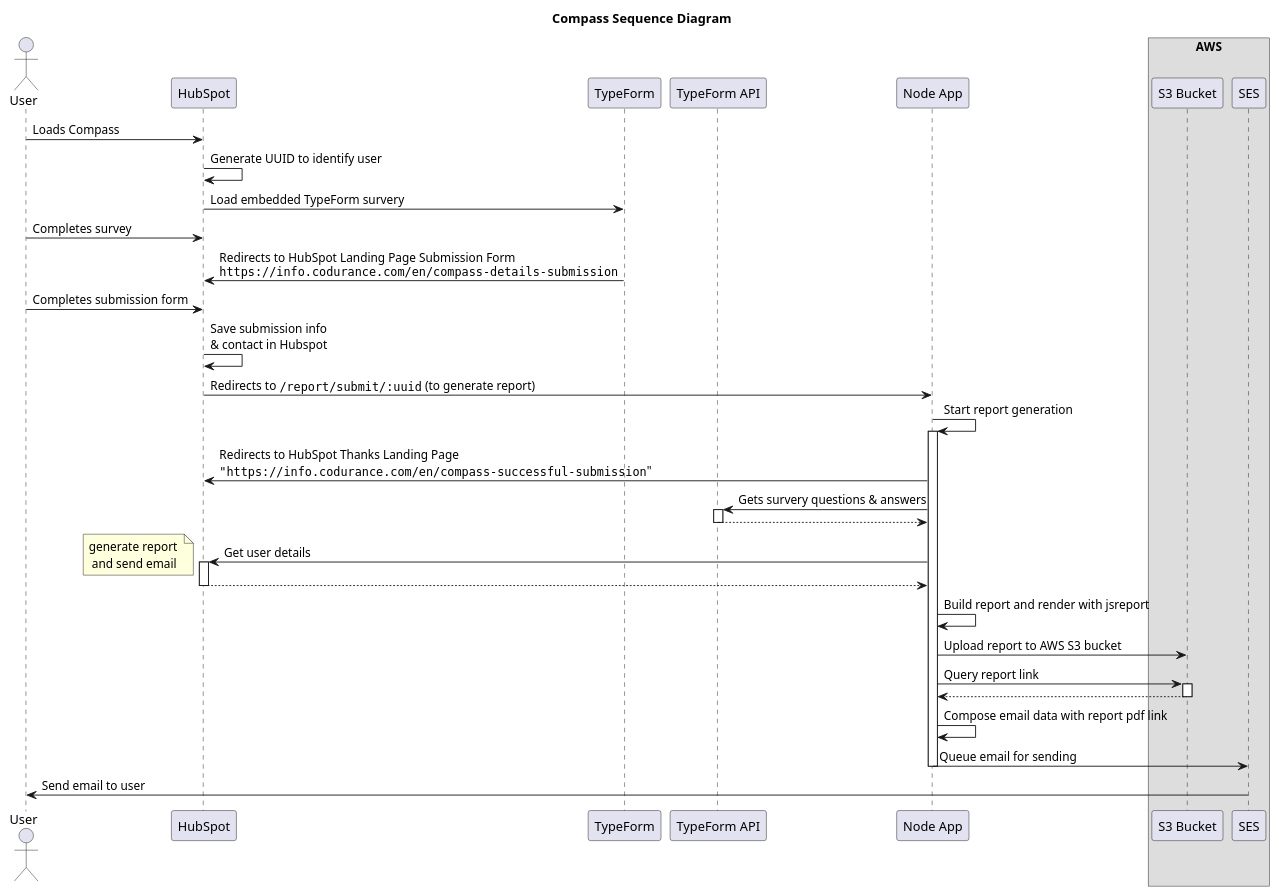
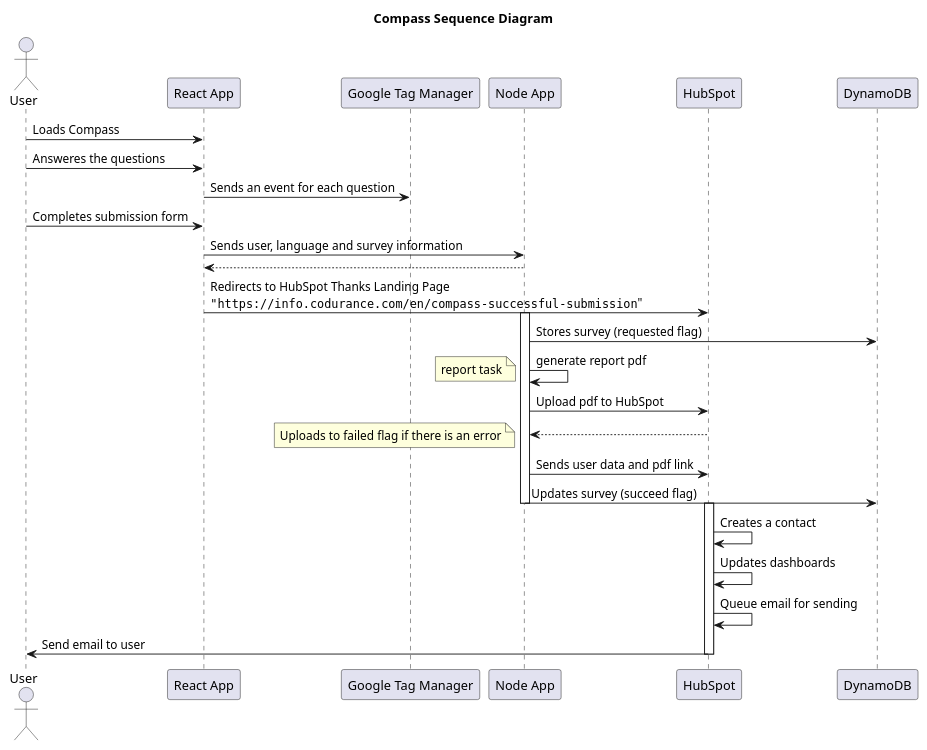
Before and after one commit to codurance/soft-mod-compass: the diagram in docs/diagrams/src/sequence-diagram.puml, drawn with PlantUML. The commit also changed 6 other files, not shown here.

```diff
--- a/docs/diagrams/src/sequence-diagram.puml
+++ b/docs/diagrams/src/sequence-diagram.puml
@@ -1,44 +1,41 @@
 @startuml
 skinparam BoxPadding 10
 title Compass Sequence Diagram
 
 actor "User"
+participant "React App" as React
+participant "Google Tag Manager" as TGM
+participant "Node App" as NodeApp
 participant "HubSpot"
-participant "TypeForm" as TypeForm
-participant "TypeForm API" as TypeFormApi
-participant "Node App" as NodeApp
-box AWS
-participant "S3 Bucket" as s3
-participant "SES"
-end box
-User -> HubSpot: Loads Compass
-HubSpot -> HubSpot: Generate UUID to identify user
-HubSpot -> TypeForm: Load embedded TypeForm survery
-User -> HubSpot: Completes survey
-TypeForm -> HubSpot: Redirects to HubSpot Landing Page Submission Form\n""https://info.codurance.com/en/compass-details-submission""
-User -> HubSpot: Completes submission form
-HubSpot -> HubSpot: Save submission info \n& contact in Hubspot
-NodeApp <- HubSpot: Redirects to ""/report/submit/:uuid"" (to generate report)
-NodeApp -> NodeApp: Start report generation
+participant "DynamoDB" as DB
+
+User -> React: Loads Compass
+User -> React: Answeres the questions
+
+React -> TGM: Sends an event for each question
+User -> React: Completes submission form
+
+React -> NodeApp: Sends user, language and survey information
+React <-- NodeApp:
+React -> HubSpot: Redirects to HubSpot Thanks Landing Page\n"""https://info.codurance.com/en/compass-successful-submission"""
+
+
 activate NodeApp
-NodeApp -> HubSpot: Redirects to HubSpot Thanks Landing Page\n"""https://info.codurance.com/en/compass-successful-submission"""
-NodeApp -> TypeFormApi: Gets survery questions & answers
-activate TypeFormApi
-NodeApp <--TypeFormApi
-deactivate TypeFormApi
-NodeApp -> HubSpot: Get user details
-note left: generate report \n and send email
+NodeApp -> DB: Stores survey (requested flag)
+NodeApp -> NodeApp: generate report pdf
+note left: report task
+NodeApp -> HubSpot: Upload pdf to HubSpot
+NodeApp <-- HubSpot:
+note left: Uploads to failed flag if there is an error
+NodeApp -> HubSpot: Sends user data and pdf link
+NodeApp -> DB: Updates survey (succeed flag)
+deactivate NodeApp
+
 activate HubSpot
-NodeApp <-- HubSpot
+HubSpot -> HubSpot: Creates a contact
+HubSpot -> HubSpot: Updates dashboards
+HubSpot -> HubSpot: Queue email for sending
+HubSpot -> User: Send email to user
 deactivate HubSpot
-NodeApp -> NodeApp: Build report and render with jsreport
-NodeApp -> s3: Upload report to AWS S3 bucket
-NodeApp -> s3: Query report link
-activate s3
-NodeApp <-- s3:
-deactivate s3
-NodeApp -> NodeApp: Compose email data with report pdf link
-NodeApp -> SES: Queue email for sending
-deactivate NodeApp
-SES -> User: Send email to user
-@enduml
+
+@enduml 
```
